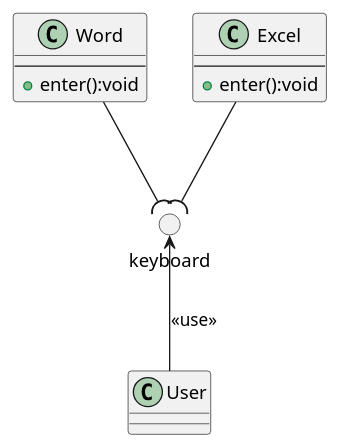
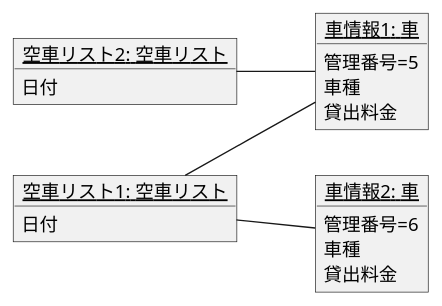
One commit to ShoT0323/uml-introduction changed the diagram in 例題3-2.pu. Above: the diagram before and after it, drawn with PlantUML.

```diff
--- a/例題3-2.pu
+++ b/例題3-2.pu
@@ -1,38 +1,58 @@
 @startuml
 ' class 会社{}
 ' class 社員{}
 '  会社 --> 社員:雇う
 ' 会社"0..1" ---- 社員
 ' note top of 会社:雇用者
 ' note top of 社員:従業員
 ' 会員リストo-- 会員
 ' note right of 会員リスト
 ' 会員クラスがなくて成り立つ
 ' end note
 ' パソコン"1" *-- ハードディスク
 ' note right of パソコン
 ' ハードディスクがないと成り立ちません。
 ' end note
 ' 会社 o-- 社員
 ' 社員 *-- 社員証
 ' 注文<.. 注文管理
 ' note top of 注文管理
 ' 注文管理が注文のメソッドもしくは属性を呼び出している
 ' end note
 ' 
 ' 
-class Word {
----
-+ enter():void
+' class Word {
+' ---
+' + enter():void
+' }
+' class Excel {
+' ---
+' + enter():void
+' }
+' circle "keyboard" as I1
+' Word --( I1
+' Excel --( I1
+' class User {
+' }
+' I1 <-- User:<< use >>
+left to right direction
+object "<u>空車リスト2: 空車リスト</u>" as k2 {
+日付
 }
-class Excel {
----
-+ enter():void
+object "<u>空車リスト1: 空車リスト</u>" as k1 {
+日付
 }
-circle "keyboard" as I1
-Word --( I1
-Excel --( I1
-class User {
+object "<u>車情報1: 車</u>" as car1 {
+管理番号=5
+車種
+貸出料金
 }
-I1 <-- User:<< use >>
+object "<u>車情報2: 車</u>" as car2 {
+管理番号=6
+車種
+貸出料金
+}
+k1 -- car1
+k1 -- car2
+k2 -- car1
 @enduml
```
